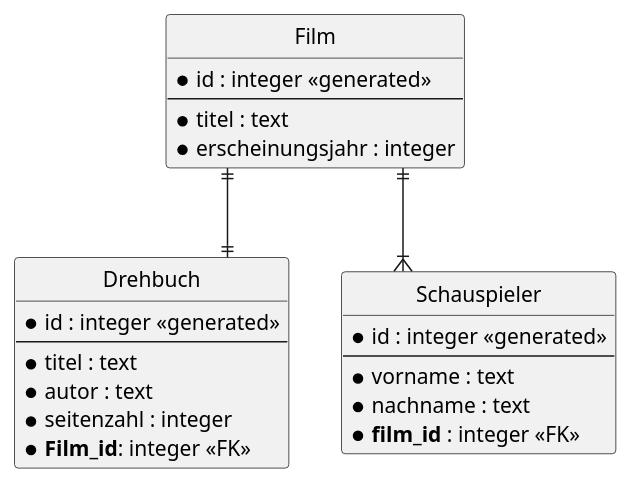
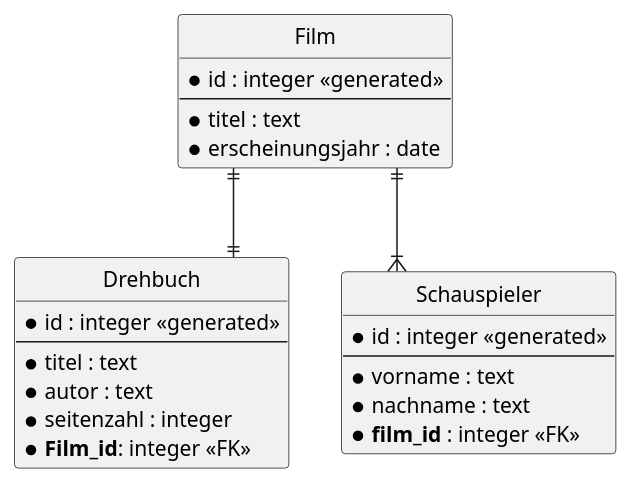
Before and after one commit to moritzbsnr/swe-gruppenarbeit: the diagram in docs/diagramme/src/er-diagramm.plantuml, drawn with PlantUML. The commit also changed 23 other files, not shown here.

First line of the commit message:
GraphQL und Router überarbeitung

```diff
--- a/docs/diagramme/src/er-diagramm.plantuml
+++ b/docs/diagramme/src/er-diagramm.plantuml
@@ -18,33 +18,33 @@
 @startuml ER Diagramm
 
 hide circle
 skinparam linetype ortho
 
 entity "Film" {
   * id : integer <<generated>>
   --
   * titel : text
-  * erscheinungsjahr : integer
+  * erscheinungsjahr : date
 }
 
 entity "Drehbuch" {
   * id : integer <<generated>>
   --
   * titel : text
   * autor : text
   * seitenzahl : integer
   * **Film_id**: integer <<FK>>
 }
 
 entity "Schauspieler" {
   * id : integer <<generated>>
   --
   * vorname : text
   * nachname : text
   * **film_id** : integer <<FK>>
 }
 
 Film ||--|| Drehbuch
 Film ||--|{ Schauspieler
 
 @enduml
```
